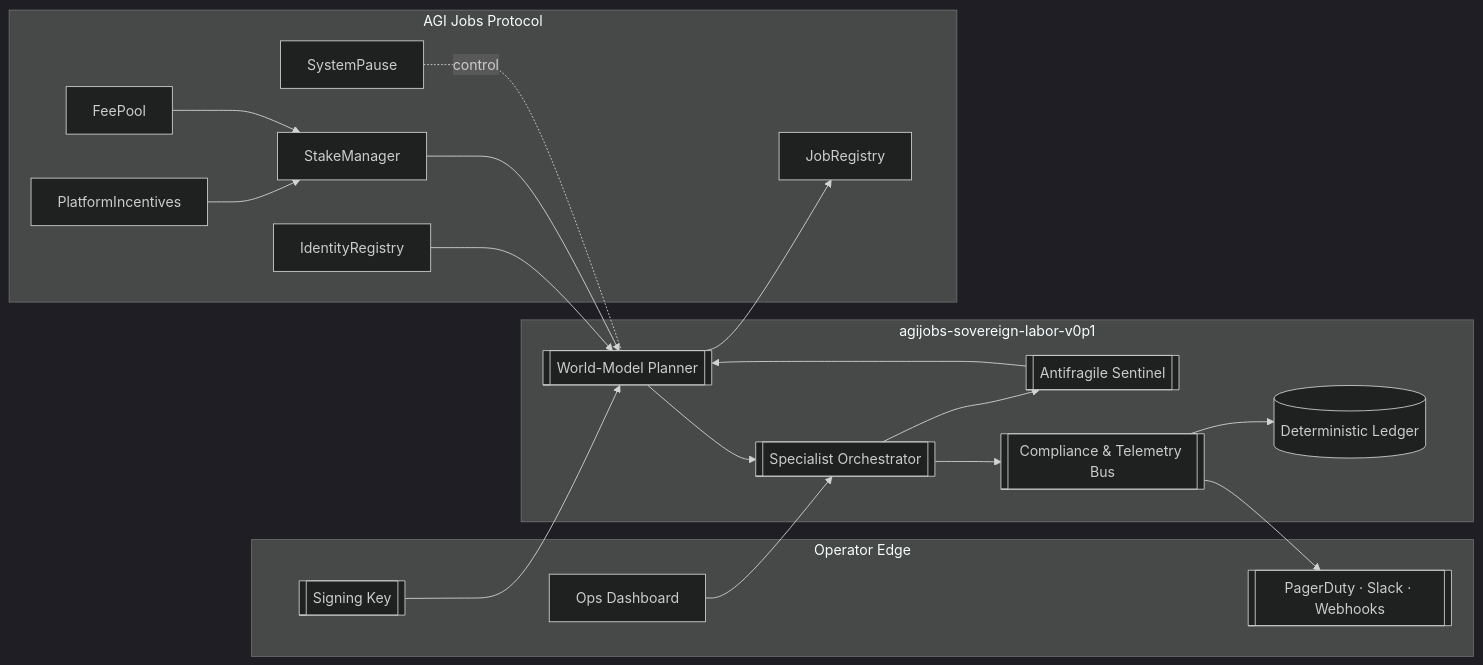
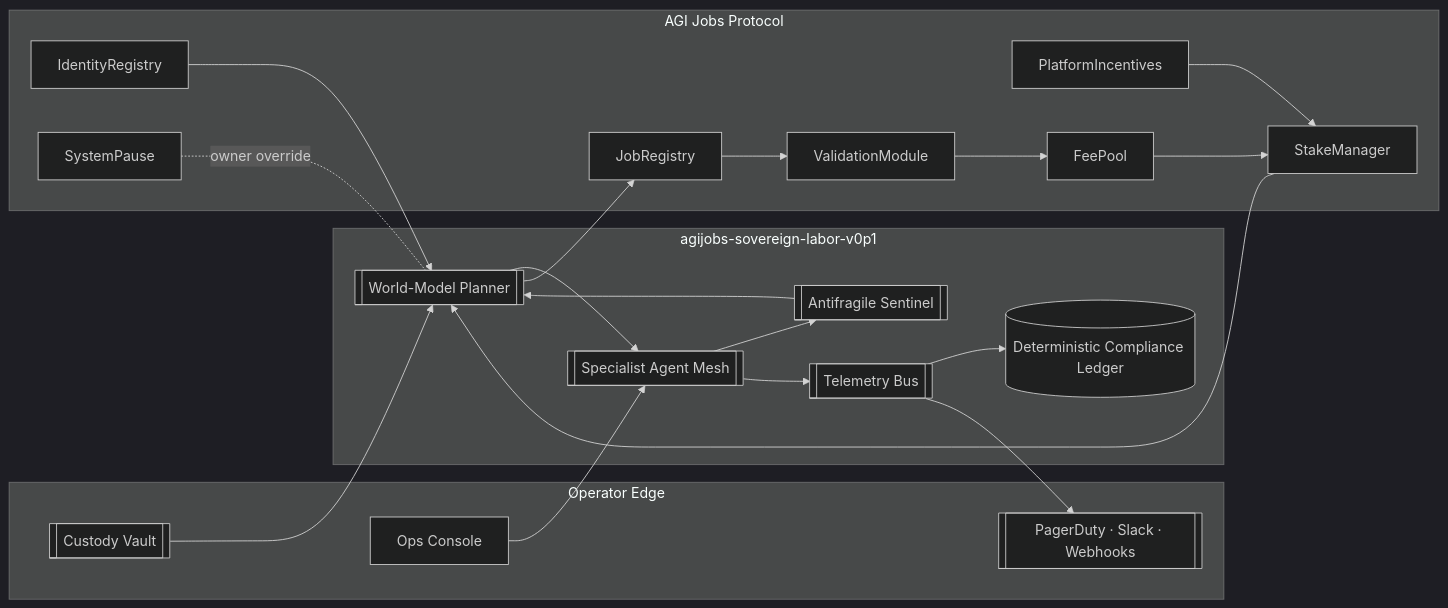
One commit to MontrealAI/AGI-Alpha-Node-v0 changed the first of 2 diagrams in docs/README.md. Above: the diagram before and after it, drawn with Mermaid (dark theme). The commit also changed other lines of this file and 1 other file, not shown here.

````diff
--- a/docs/README.md
+++ b/docs/README.md
@@ -71,40 +72,43 @@
 ```mermaid
 flowchart LR
   subgraph OperatorEdge[Operator Edge]
-    Keystore[[Signing Key]]
-    Dashboard[Ops Dashboard]
-    Alerting[[PagerDuty · Slack · Webhooks]]
+    Vault[[Custody Vault]]
+    Console[Ops Console]
+    Alerts[[PagerDuty · Slack · Webhooks]]
   end
 
   subgraph SovereignNode[agijobs-sovereign-labor-v0p1]
     Planner[[World-Model Planner]]
-    Orchestrator[[Specialist Orchestrator]]
+    Mesh[[Specialist Agent Mesh]]
     Sentinel[[Antifragile Sentinel]]
-    Telemetry[[Compliance & Telemetry Bus]]
-    Storage[(Deterministic Ledger)]
+    Ledger[(Deterministic Compliance Ledger)]
+    Telemetry[[Telemetry Bus]]
   end
 
-  subgraph PlatformCore[AGI Jobs Protocol]
+  subgraph ProtocolCore[AGI Jobs Protocol]
     IdentityRegistry
     StakeManager
     PlatformIncentives
     JobRegistry
+    ValidationModule
     FeePool
     SystemPause
   end
 
-  Keystore --> Planner
-  Dashboard --> Orchestrator
-  Planner --> Orchestrator
-  Orchestrator --> Sentinel
+  Vault --> Planner
+  Console --> Mesh
+  Planner --> Mesh
+  Mesh --> Sentinel
   Sentinel --> Planner
-  Orchestrator --> Telemetry
-  Telemetry --> Storage
-  Telemetry --> Alerting
+  Mesh --> Telemetry
+  Telemetry --> Ledger
+  Telemetry --> Alerts
   Planner --> JobRegistry
   IdentityRegistry --> Planner
   StakeManager --> Planner
   PlatformIncentives --> StakeManager
+  JobRegistry --> ValidationModule
+  ValidationModule --> FeePool
   FeePool --> StakeManager
-  SystemPause -. control .- Planner
+  SystemPause -. owner override .- Planner
 ```
````
